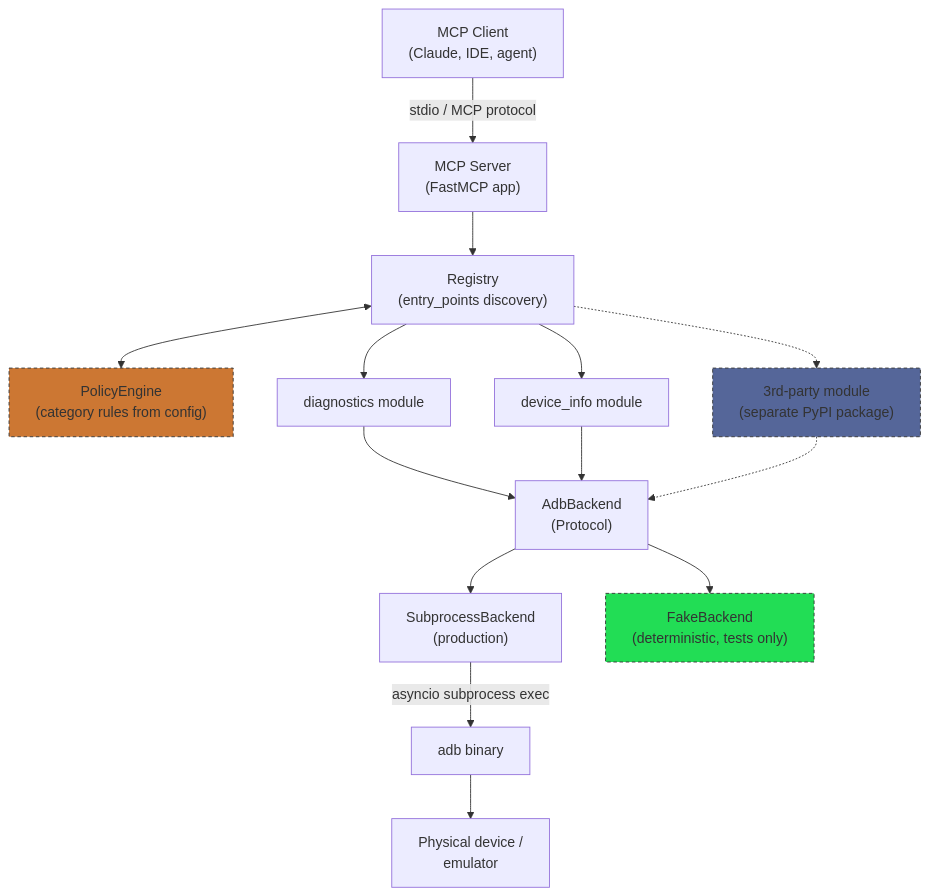
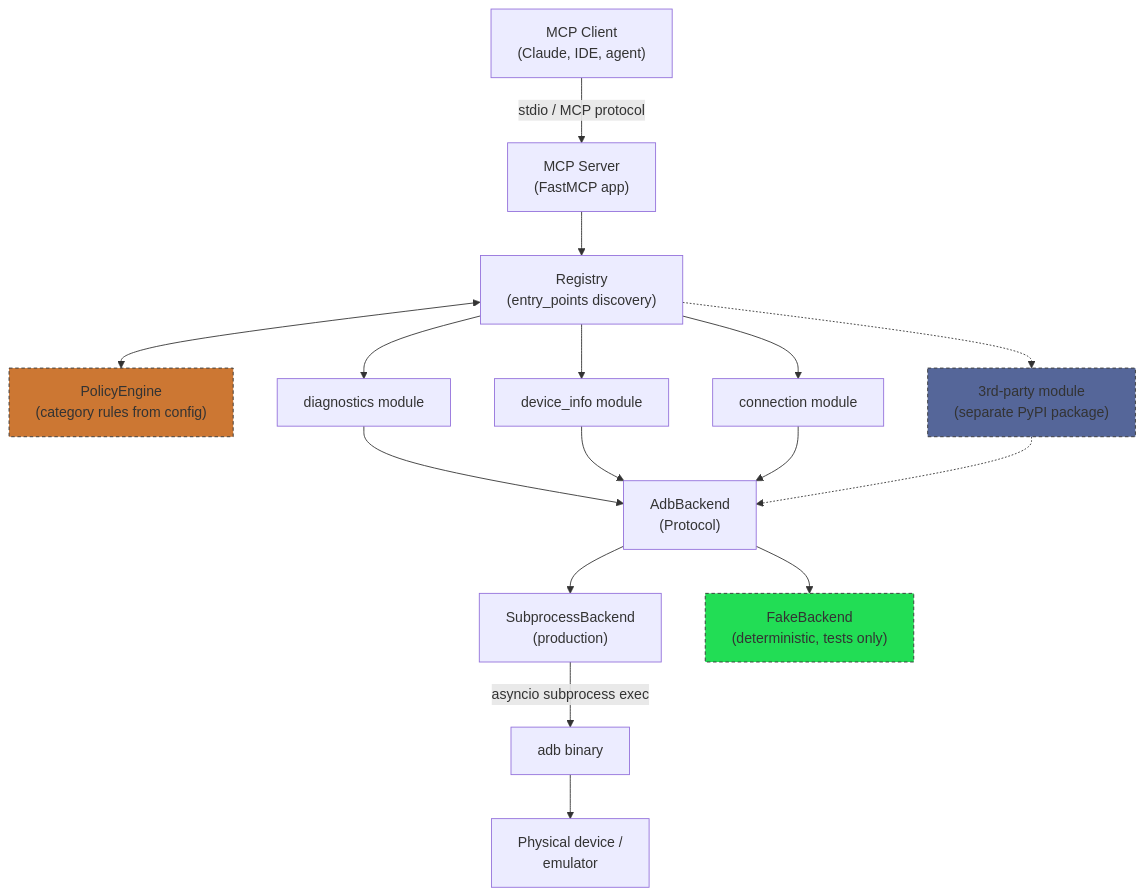
One commit to allaudin/adb-automation-mcp changed the first of 7 diagrams in docs/ARCHITECTURE.md. Above: the diagram before and after it, drawn with Mermaid. The commit also changed other lines of this file and 13 other files, not shown here.

First line of the commit message:
feat: add restart_adb_server tool in a new connection module; fix ADR-002 rewrite

````diff
--- a/docs/ARCHITECTURE.md
+++ b/docs/ARCHITECTURE.md
@@ -38,24 +39,26 @@
 ```mermaid
 graph TB
     Client["MCP Client<br/>(Claude, IDE, agent)"] -->|stdio / MCP protocol| Server["MCP Server<br/>(FastMCP app)"]
 
     Server --> Registry["Registry<br/>(entry_points discovery)"]
     Registry <--> Policy["PolicyEngine<br/>(category rules from config)"]
     Registry --> ModDiag["diagnostics module"]
     Registry --> ModDevices["device_info module"]
+    Registry --> ModConn["connection module"]
     Registry -.-> ModExt["3rd-party module<br/>(separate PyPI package)"]
 
     ModDiag --> Backend["AdbBackend<br/>(Protocol)"]
     ModDevices --> Backend
+    ModConn --> Backend
     ModExt -.-> Backend
 
     Backend --> Sub["SubprocessBackend<br/>(production)"]
     Backend --> Fake["FakeBackend<br/>(deterministic, tests only)"]
 
     Sub -->|asyncio subprocess exec| ADB["adb binary"]
     ADB --> Device["Physical device /<br/>emulator"]
 
     style Fake fill:#2d5,stroke:#333,stroke-dasharray: 4 3
     style ModExt fill:#569,stroke:#333,stroke-dasharray: 4 3
     style Policy fill:#c73,stroke:#333,stroke-dasharray: 4 3
 ```
````
